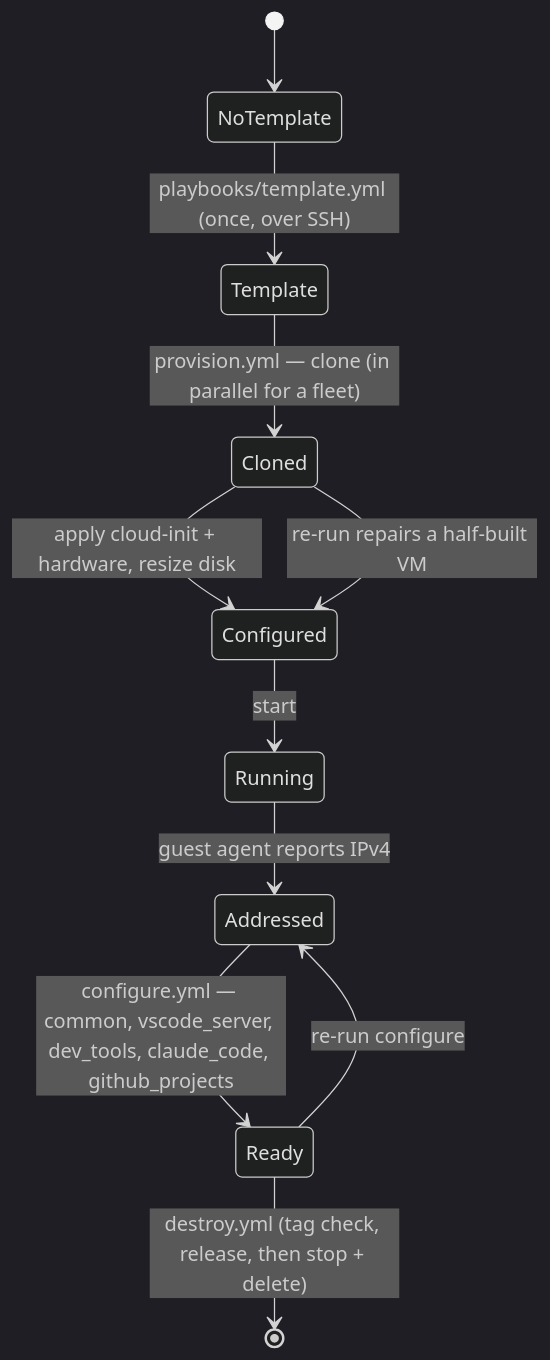
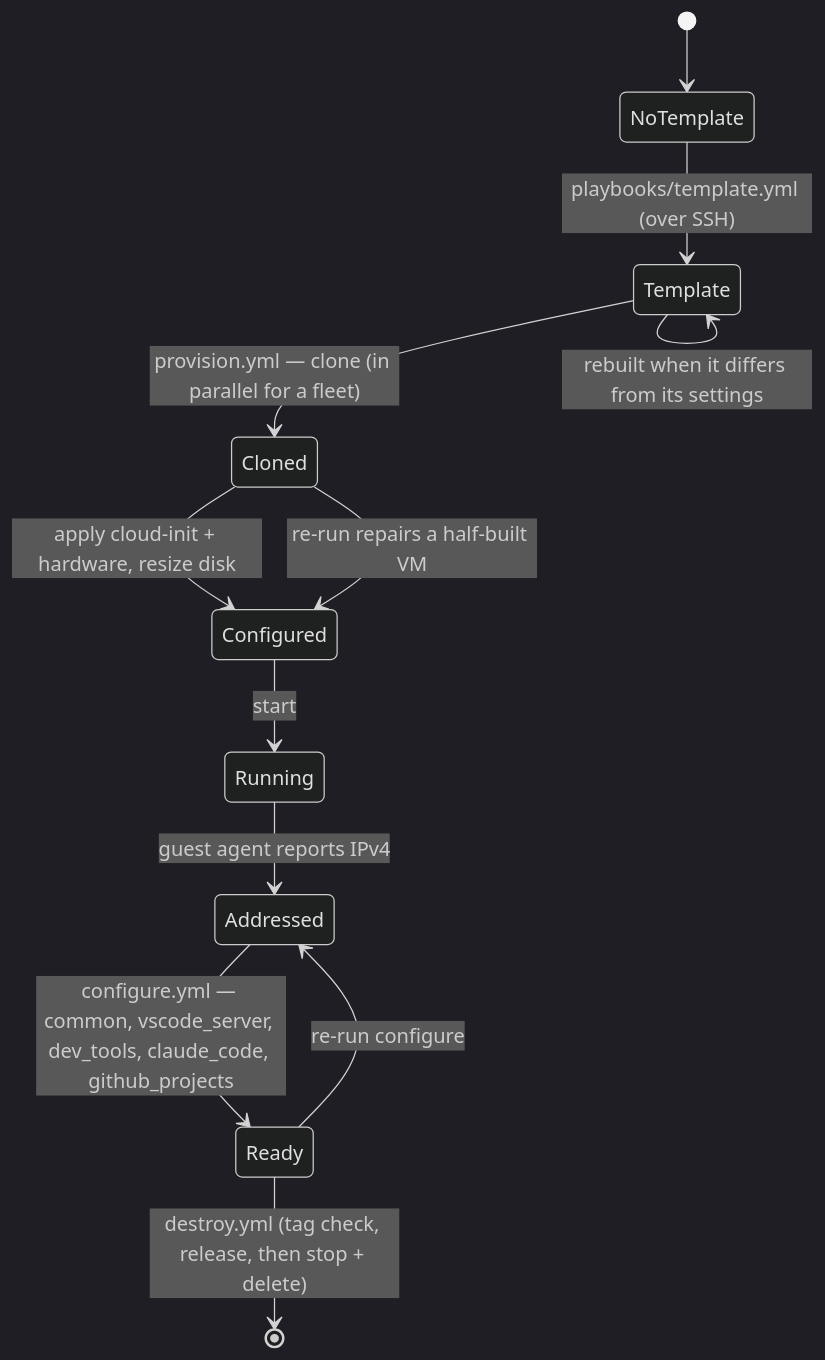
One commit to kawadeomkar/claude-on-proxmox changed the first of 2 diagrams in docs/architecture/lifecycle.md. Above: the diagram before and after it, drawn with Mermaid (dark theme). The commit also changed other lines of this file and 21 other files, not shown here.

````diff
--- a/docs/architecture/lifecycle.md
+++ b/docs/architecture/lifecycle.md
@@ -3,13 +3,14 @@
 ```mermaid
 stateDiagram-v2
     [*] --> NoTemplate
-    NoTemplate --> Template: playbooks/template.yml (once, over SSH)
+    NoTemplate --> Template: playbooks/template.yml (over SSH)
+    Template --> Template: rebuilt when it differs from its settings
     Template --> Cloned: provision.yml — clone (in parallel for a fleet)
     Cloned --> Configured: apply cloud-init + hardware, resize disk
     Configured --> Running: start
     Running --> Addressed: guest agent reports IPv4
     Addressed --> Ready: configure.yml — common, vscode_server, dev_tools, claude_code, github_projects
     Ready --> Addressed: re-run configure
     Ready --> [*]: destroy.yml (tag check, release, then stop + delete)
     Cloned --> Configured: re-run repairs a half-built VM
 ```
````
